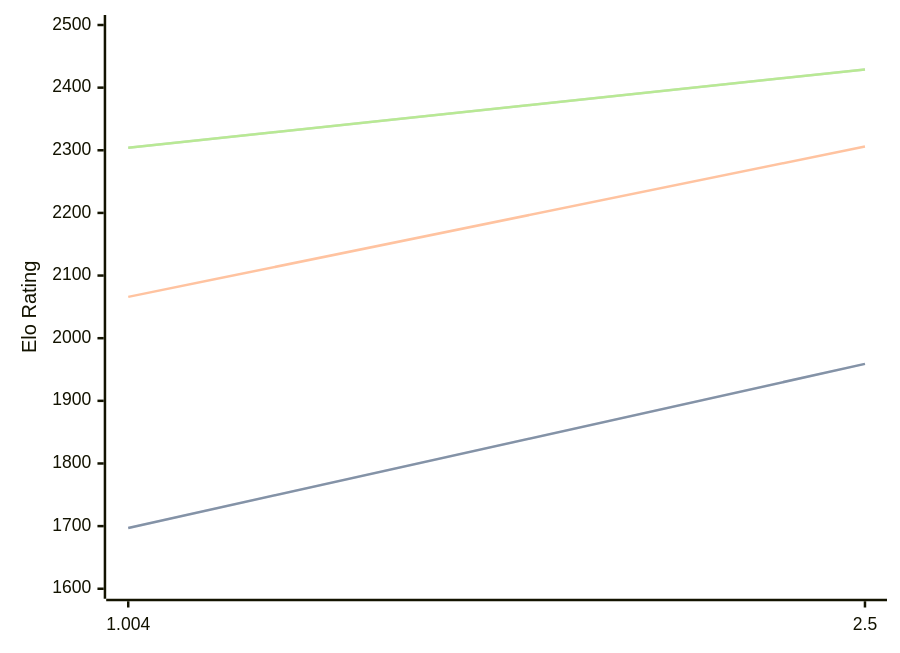
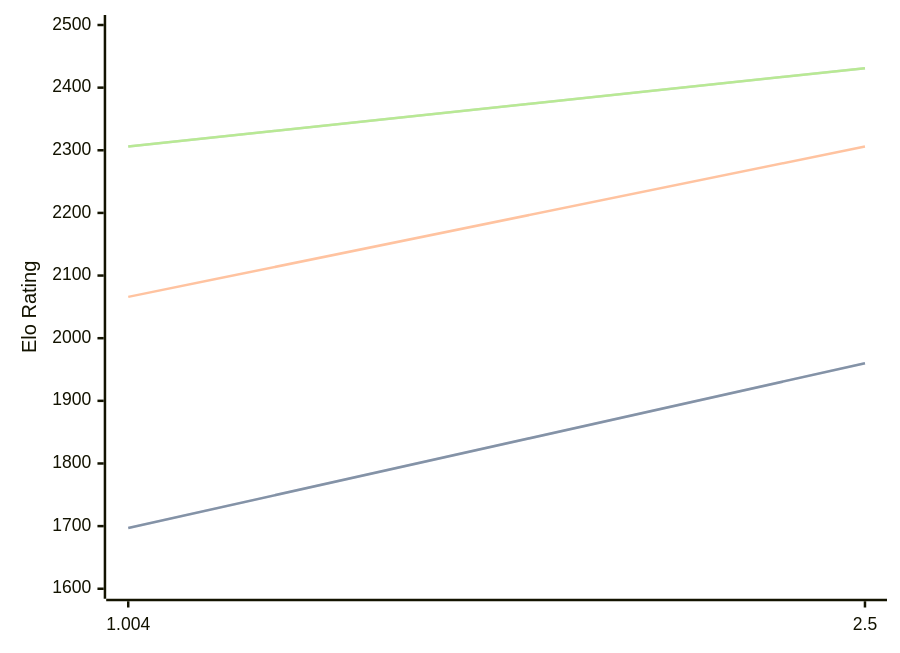
The diagram in engines/Ares.md (computer-chess-index/cci), drawn with Mermaid before and after one commit. The commit also changed other lines of this file, not shown here.

Commit message:
Update CCI Ratings (ELO VLTC) - 2026-08-15

````diff
--- a/engines/Ares.md
+++ b/engines/Ares.md
@@ -32,11 +32,11 @@
 ```mermaid
 %%{init: {"theme":"base","themeVariables":{"seriesColors:['#a3a3a3','#222221','#faa371']}}}%%
 xychart-beta
   x-axis ["1.004", "2.5"]
   y-axis "Elo Rating" 1600 --> 2500
-  line "STC (8.0+0.08s)" [1697, 1959]
-  line "STC (8.0+0.08s)" [1697, 1959]
+  line "STC (8.0+0.08s)" [1697, 1960]
+  line "STC (8.0+0.08s)" [1697, 1960]
   line "LTC (60.0+0.60s)" [2066, 2306]
-  line "VLTC (2m24s+1.12s)" [2304, 2429]
-  line "VLTC (2m24s+1.12s)" [2304, 2429]
+  line "VLTC (2m24s+1.12s)" [2306, 2431]
+  line "VLTC (2m24s+1.12s)" [2306, 2431]
 ```
````
